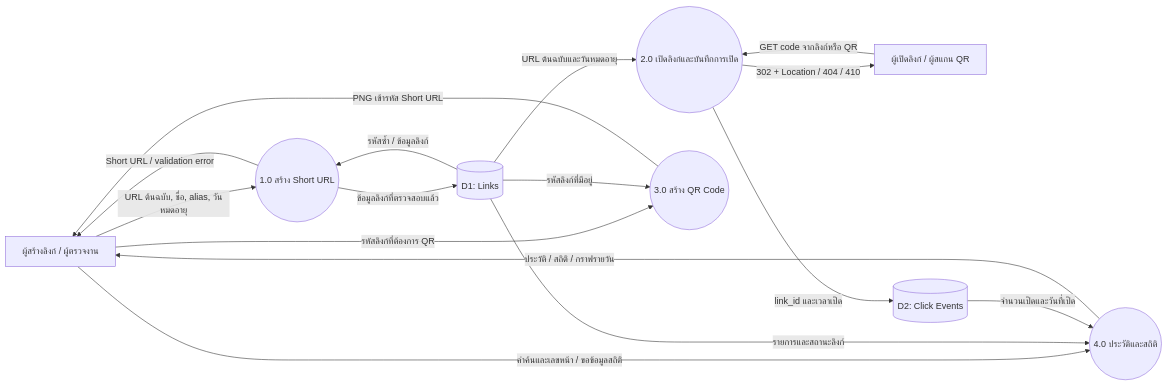
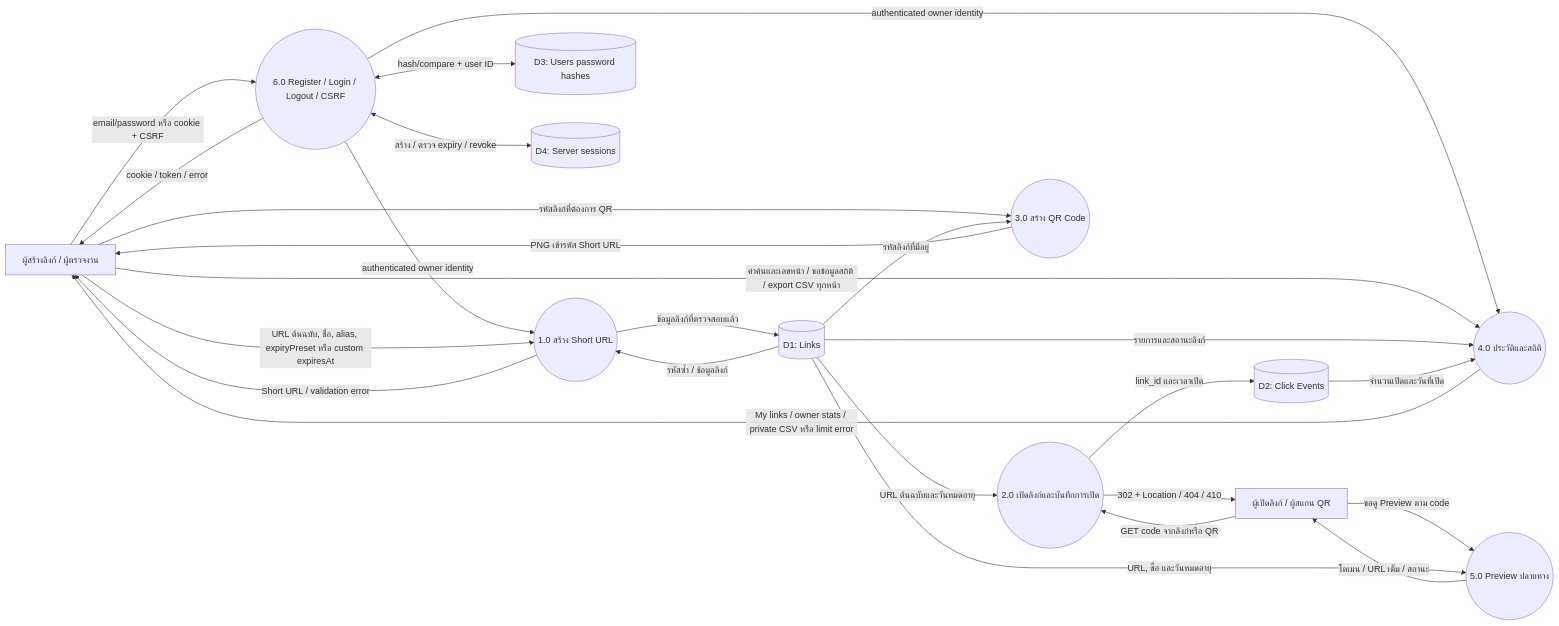
Before and after one commit to nicky-wrc/short-url-system: the first of 6 diagrams in docs/DIAGRAMS.md, drawn with Mermaid. The commit also changed other lines of this file and 29 other files, not shown here.

Commit message:
feat: add login and owner-scoped link management

````diff
--- a/docs/DIAGRAMS.md
+++ b/docs/DIAGRAMS.md
@@ -9,26 +9,39 @@
 ```mermaid
 flowchart LR
     U["ผู้สร้างลิงก์ / ผู้ตรวจงาน"]
     V["ผู้เปิดลิงก์ / ผู้สแกน QR"]
     P1(("1.0 สร้าง Short URL"))
     P2(("2.0 เปิดลิงก์และบันทึกการเปิด"))
     P3(("3.0 สร้าง QR Code"))
     P4(("4.0 ประวัติและสถิติ"))
+    P5(("5.0 Preview ปลายทาง"))
+    P6(("6.0 Register / Login / Logout / CSRF"))
     D1[("D1: Links")]
     D2[("D2: Click Events")]
-    U -->|"URL ต้นฉบับ, ชื่อ, alias, วันหมดอายุ"| P1
+    D3[("D3: Users password hashes")]
+    D4[("D4: Server sessions")]
+    U -->|"email/password หรือ cookie + CSRF"| P6
+    P6 <-->|"hash/compare + user ID"| D3
+    P6 <-->|"สร้าง / ตรวจ expiry / revoke"| D4
+    P6 -->|"authenticated owner identity"| P1
+    P6 -->|"authenticated owner identity"| P4
+    P6 -->|"cookie / token / error"| U
+    U -->|"URL ต้นฉบับ, ชื่อ, alias, expiryPreset หรือ custom expiresAt"| P1
     P1 -->|"ข้อมูลลิงก์ที่ตรวจสอบแล้ว"| D1
     D1 -->|"รหัสซ้ำ / ข้อมูลลิงก์"| P1
     P1 -->|"Short URL / validation error"| U
     V -->|"GET code จากลิงก์หรือ QR"| P2
     D1 -->|"URL ต้นฉบับและวันหมดอายุ"| P2
     P2 -->|"link_id และเวลาเปิด"| D2
     P2 -->|"302 + Location / 404 / 410"| V
     U -->|"รหัสลิงก์ที่ต้องการ QR"| P3
     D1 -->|"รหัสลิงก์ที่มีอยู่"| P3
     P3 -->|"PNG เข้ารหัส Short URL"| U
-    U -->|"คำค้นและเลขหน้า / ขอข้อมูลสถิติ"| P4
+    U -->|"คำค้นและเลขหน้า / ขอข้อมูลสถิติ / export CSV ทุกหน้า"| P4
     D1 -->|"รายการและสถานะลิงก์"| P4
     D2 -->|"จำนวนเปิดและวันที่เปิด"| P4
-    P4 -->|"ประวัติ / สถิติ / กราฟรายวัน"| U
+    P4 -->|"My links / owner stats / private CSV หรือ limit error"| U
+    V -->|"ขอดู Preview ตาม code"| P5
+    D1 -->|"URL, ชื่อ และวันหมดอายุ"| P5
+    P5 -->|"โดเมน / URL เต็ม / สถานะ"| V
 ```
````
